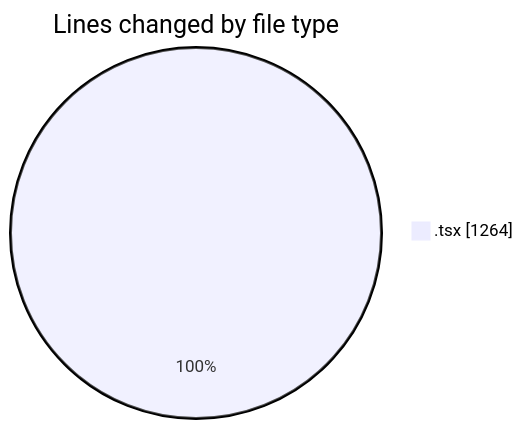
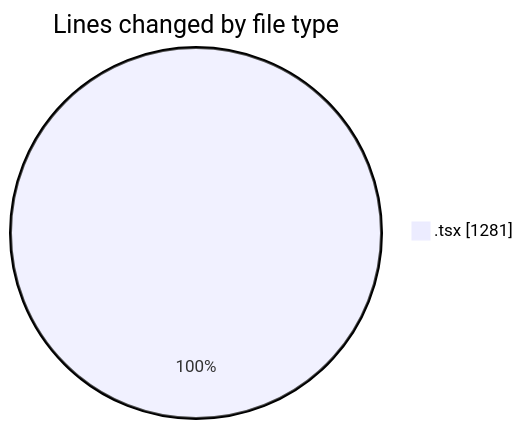
Before and after one commit to JenPaints/code-tracking: the first of 2 diagrams in 2025-05-29/kimberly-groups/README.md, drawn with Mermaid. The commit also changed other lines of this file and 1 other file, not shown here.

````diff
--- a/2025-05-29/kimberly-groups/README.md
+++ b/2025-05-29/kimberly-groups/README.md
@@ -22,5 +22,5 @@
 ```mermaid
 pie showData
 title Lines changed by file type
-".tsx" : 1264
+".tsx" : 1281
 ```
````
